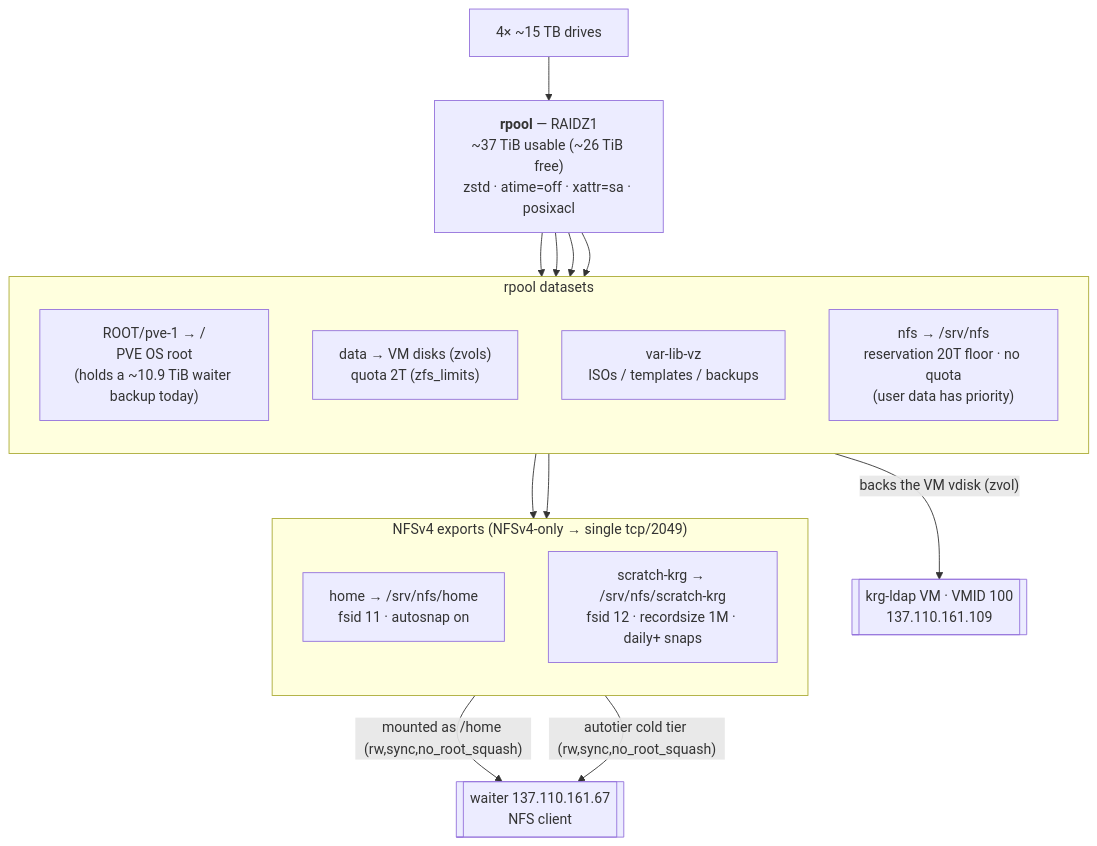
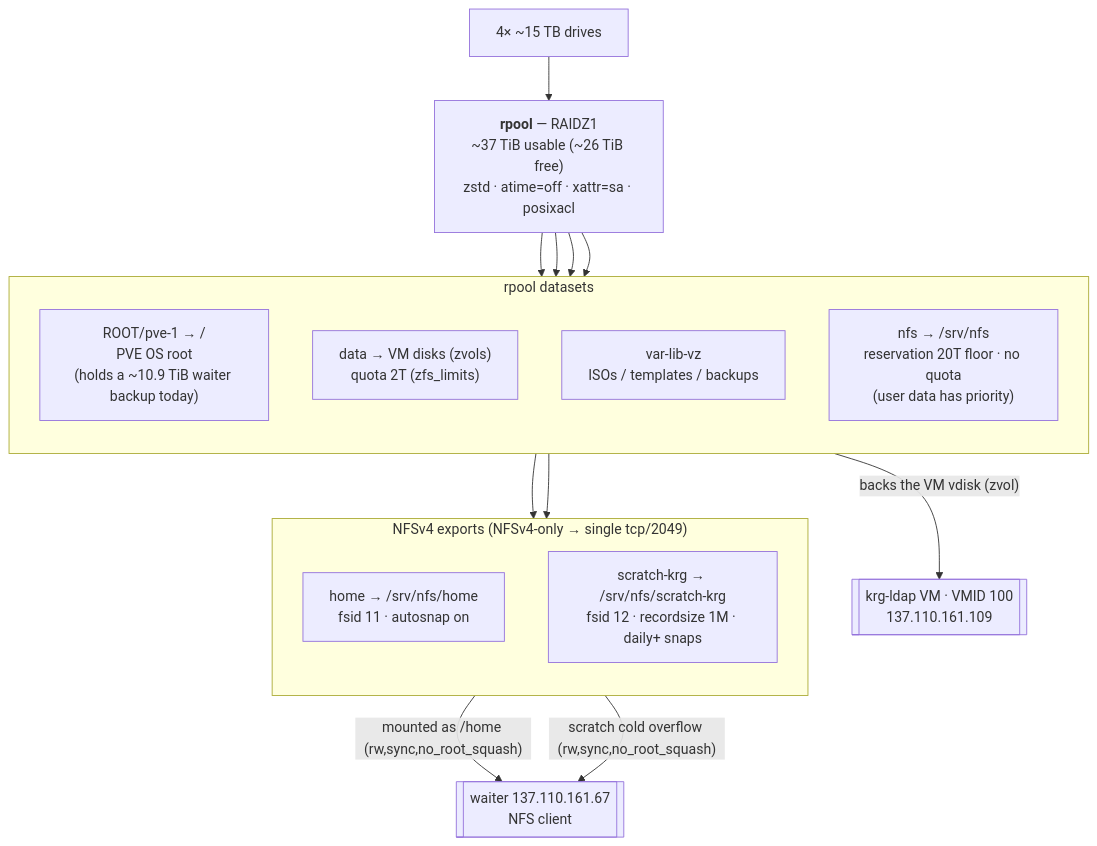
One commit to KastnerRG/krg-nixos-flakes changed the first of 2 diagrams in docs/fabricant-topology.md. Above: the diagram before and after it, drawn with Mermaid. The commit also changed other lines of this file and 15 other files, not shown here.

First line of the commit message:
feat(waiter): greenfield ZFS-native /scratch (replace autotier) (#64)

````diff
--- a/docs/fabricant-topology.md
+++ b/docs/fabricant-topology.md
@@ -25,27 +25,27 @@
 ```mermaid
 flowchart TB
   disks["4× ~15 TB drives"]
   disks --> rpool["<b>rpool</b> — RAIDZ1<br/>~37 TiB usable (~26 TiB free)<br/>zstd · atime=off · xattr=sa · posixacl"]
 
   subgraph ds["rpool datasets"]
     direction TB
     root["ROOT/pve-1 → /<br/>PVE OS root<br/>(holds a ~10.9 TiB waiter backup today)"]
     data["data → VM disks (zvols)<br/>quota 2T (zfs_limits)"]
     vz["var-lib-vz<br/>ISOs / templates / backups"]
     nfs["nfs → /srv/nfs<br/>reservation 20T floor · no quota<br/>(user data has priority)"]
   end
 
   rpool --> root & data & vz & nfs
 
   subgraph exp["NFSv4 exports (NFSv4-only → single tcp/2049)"]
     direction TB
     e_home["home → /srv/nfs/home<br/>fsid 11 · autosnap on"]
     e_scr["scratch-krg → /srv/nfs/scratch-krg<br/>fsid 12 · recordsize 1M · daily+ snaps"]
   end
 
   nfs --> e_home & e_scr
 
   e_home -->|"mounted as /home (rw,sync,no_root_squash)"| waiterN[["waiter 137.110.161.67<br/>NFS client"]]
-  e_scr -->|"autotier cold tier (rw,sync,no_root_squash)"| waiterN
+  e_scr -->|"scratch cold overflow (rw,sync,no_root_squash)"| waiterN
   data -->|"backs the VM vdisk (zvol)"| ldap[["krg-ldap VM · VMID 100<br/>137.110.161.109"]]
 ```
````
